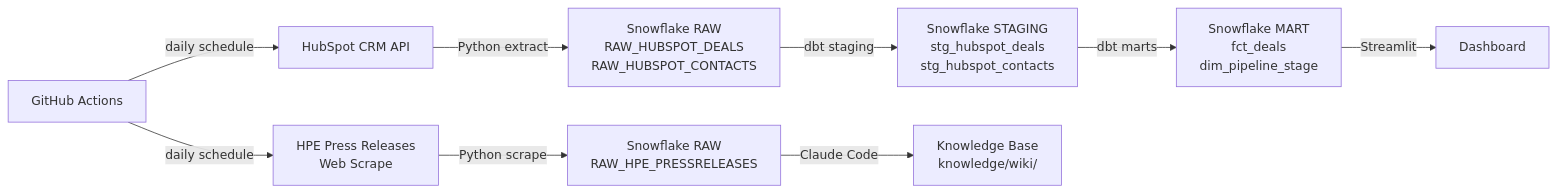
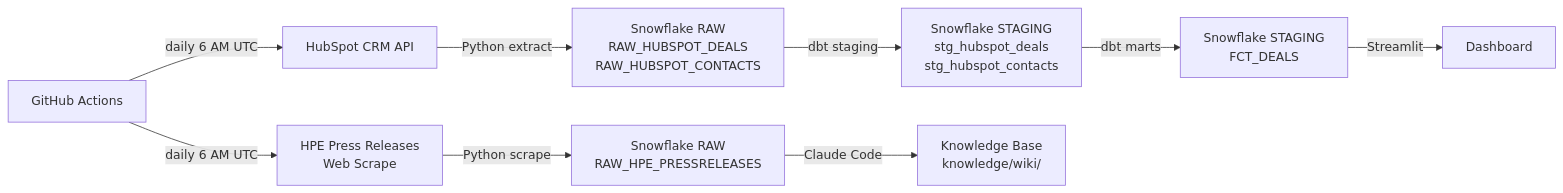
Before and after one commit to mdaddio11-sketch/sales-operations-analyst-tech: the diagram in README.md, drawn with Mermaid. The commit also changed other lines of this file and 1 other file, not shown here.

````diff
--- a/README.md
+++ b/README.md
@@ -27,11 +33,11 @@
 ```mermaid
 flowchart LR
     A[HubSpot CRM API] -->|Python extract| B[Snowflake RAW\nRAW_HUBSPOT_DEALS\nRAW_HUBSPOT_CONTACTS]
     C[HPE Press Releases\nWeb Scrape] -->|Python scrape| D[Snowflake RAW\nRAW_HPE_PRESSRELEASES]
     B -->|dbt staging| E[Snowflake STAGING\nstg_hubspot_deals\nstg_hubspot_contacts]
-    E -->|dbt marts| F[Snowflake MART\nfct_deals\ndim_pipeline_stage]
+    E -->|dbt marts| F[Snowflake STAGING\nFCT_DEALS]
     F -->|Streamlit| G[Dashboard]
     D -->|Claude Code| H[Knowledge Base\nknowledge/wiki/]
-    I[GitHub Actions] -->|daily schedule| A
-    I -->|daily schedule| C
+    I[GitHub Actions] -->|daily 6 AM UTC| A
+    I -->|daily 6 AM UTC| C
 ```
````
